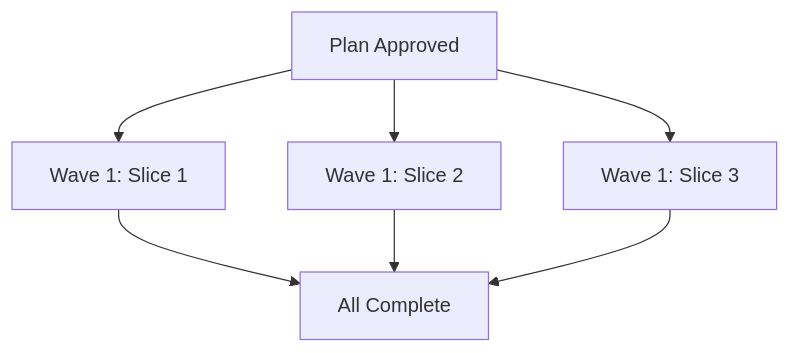
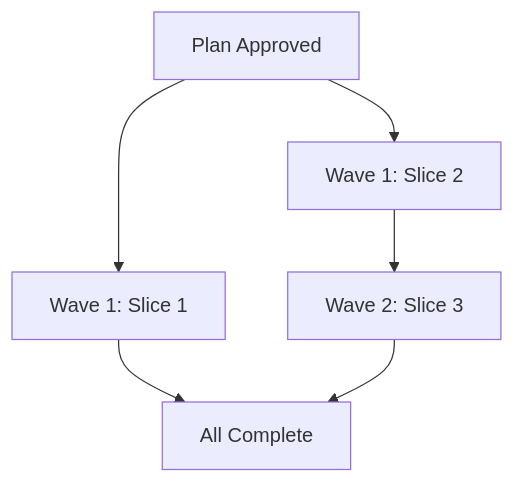
One commit to mnkdog/puplets changed the diagram in plans/cart-styling-and-product-accuracy.md. Above: the diagram before and after it, drawn with Mermaid. The commit also changed other lines of this file, not shown here.

````diff
--- a/plans/cart-styling-and-product-accuracy.md
+++ b/plans/cart-styling-and-product-accuracy.md
@@ -139,15 +152,14 @@
 ```mermaid
 graph TD
     START[Plan Approved]
     W1_S1[Wave 1: Slice 1]
     W1_S2[Wave 1: Slice 2]
-    W1_S3[Wave 1: Slice 3]
+    W2_S3[Wave 2: Slice 3]
     DONE[All Complete]
     
     START --> W1_S1
     START --> W1_S2
-    START --> W1_S3
     W1_S1 --> DONE
-    W1_S2 --> DONE
-    W1_S3 --> DONE
+    W1_S2 --> W2_S3
+    W2_S3 --> DONE
 ```
````
